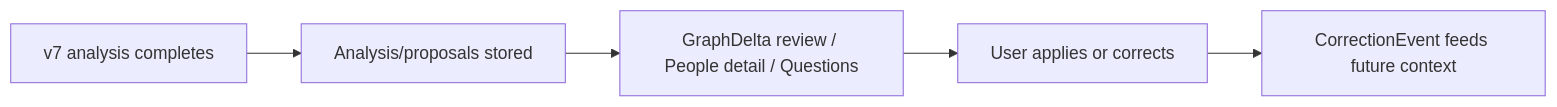
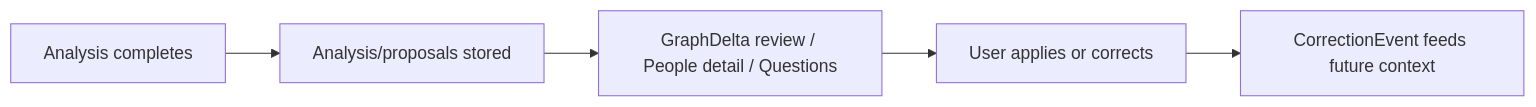
The fifth of 5 diagrams in docs/mory_system_handbook/02_user_journeys/README.md (daaihang/sprout), drawn with Mermaid before and after one commit. The commit also changed other lines of this file and 90 other files, not shown here.

````diff
--- a/docs/mory_system_handbook/02_user_journeys/README.md
+++ b/docs/mory_system_handbook/02_user_journeys/README.md
@@ -60,7 +60,7 @@
 ```mermaid
 flowchart LR
-    A["v7 analysis completes"] --> B["Analysis/proposals stored"]
+    A["Analysis completes"] --> B["Analysis/proposals stored"]
     B --> C["GraphDelta review / People detail / Questions"]
     C --> D["User applies or corrects"]
     D --> E["CorrectionEvent feeds future context"]
 ```
````
